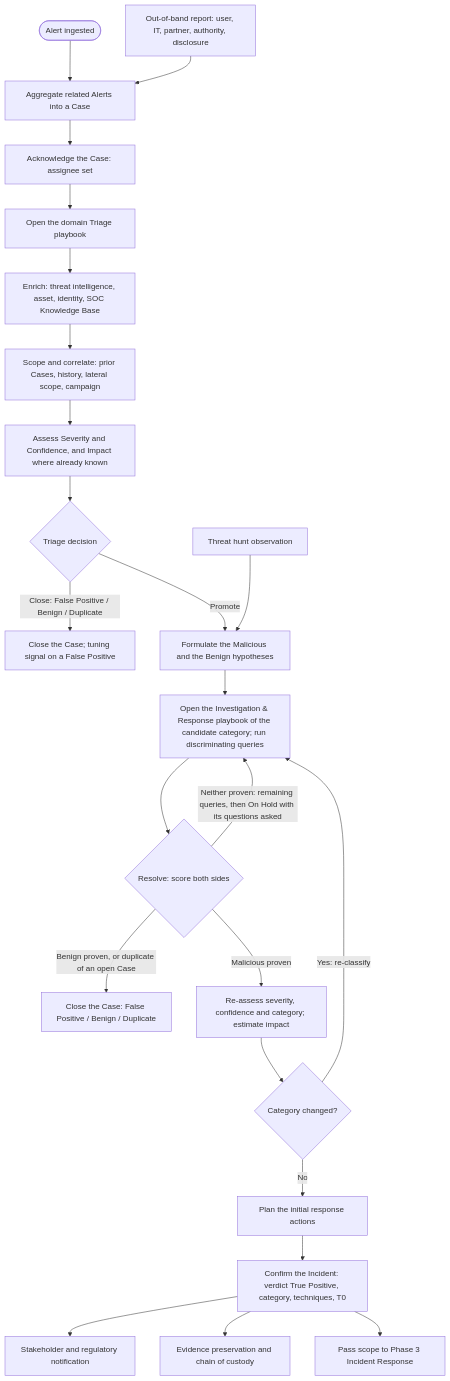
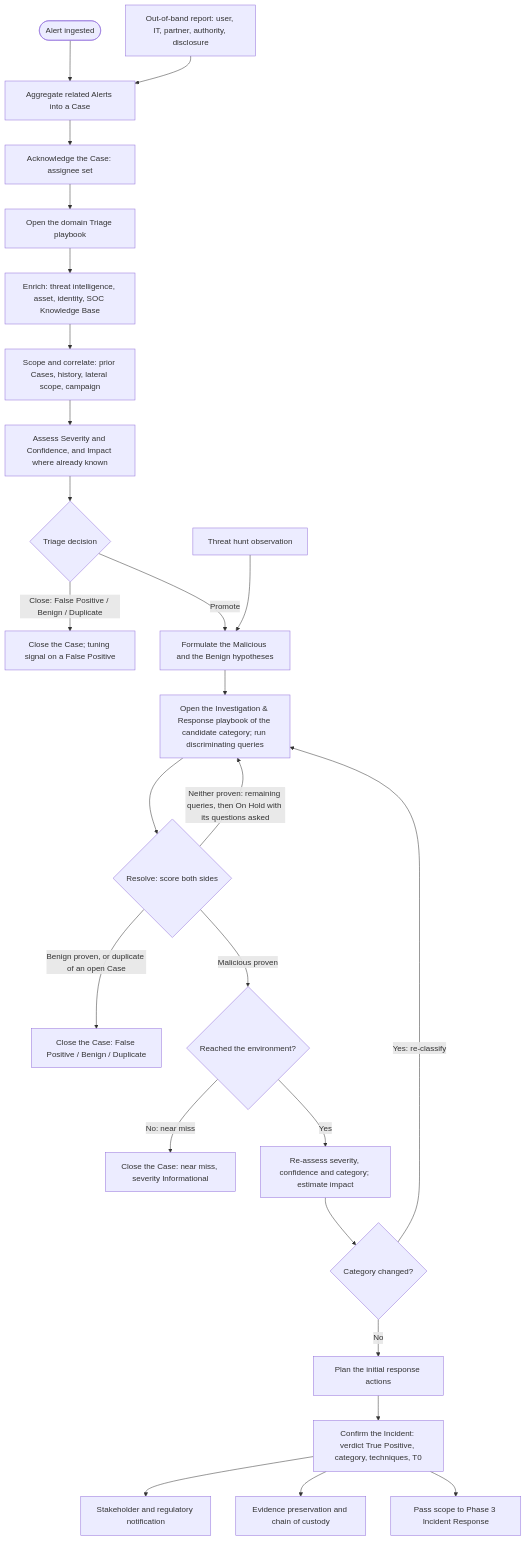
One commit to ZeroSOC/zerosoc-framework changed the diagram in 03-Processes/02-detection_and_analysis.md. Above: the diagram before and after it, drawn with Mermaid. The commit also changed other lines of this file and 20 other files, not shown here.

First line of the commit message:
docs: the playbooks apply the near miss; a blocked attack is never Benign for being blocked (DD-32)

````diff
--- a/03-Processes/02-detection_and_analysis.md
+++ b/03-Processes/02-detection_and_analysis.md
@@ -17,26 +17,28 @@
 ```mermaid
 graph TD
     Start([Alert ingested]) --> Agg[Aggregate related Alerts into a Case]
     OOB[Out-of-band report: user, IT, partner, authority, disclosure] --> Agg
     Agg --> Ack[Acknowledge the Case: assignee set]
     Ack --> Cart[Open the domain Triage playbook]
     Cart --> Enrich[Enrich: threat intelligence, asset, identity, SOC Knowledge Base]
     Enrich --> Scope[Scope and correlate: prior Cases, history, lateral scope, campaign]
     Scope --> Prioritize[Assess Severity and Confidence, and Impact where already known]
     Prioritize --> TriageDecision{Triage decision}
     TriageDecision -->|"Close: False Positive / Benign / Duplicate"| CloseT[Close the Case; tuning signal on a False Positive]
     TriageDecision -->|Promote| Hyp[Formulate the Malicious and the Benign hypotheses]
     Hunt[Threat hunt observation] --> Hyp
     Hyp --> Playbooks[Open the Investigation & Response playbook of the candidate category; run discriminating queries]
     Playbooks --> Resolve{Resolve: score both sides}
     Resolve -->|"Benign proven, or duplicate of an open Case"| CloseI[Close the Case: False Positive / Benign / Duplicate]
     Resolve -->|"Neither proven: remaining queries, then On Hold with its questions asked"| Playbooks
-    Resolve -->|"Malicious proven"| Assess[Re-assess severity, confidence and category; estimate impact]
+    Resolve -->|"Malicious proven"| Reach{Reached the environment?}
+    Reach -->|"No: near miss"| CloseN[Close the Case: near miss, severity Informational]
+    Reach -->|Yes| Assess[Re-assess severity, confidence and category; estimate impact]
     Assess --> Reclass{Category changed?}
     Reclass -->|"Yes: re-classify"| Playbooks
     Reclass -->|No| PlanR[Plan the initial response actions]
     PlanR --> Decl[Confirm the Incident: verdict True Positive, category, techniques, T0]
     Decl --> Notify[Stakeholder and regulatory notification]
     Decl --> Evid[Evidence preservation and chain of custody]
     Decl --> Pass[Pass scope to Phase 3 Incident Response]
 ```
````
